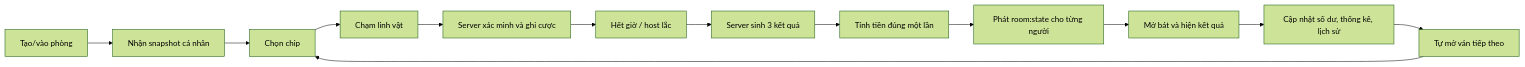
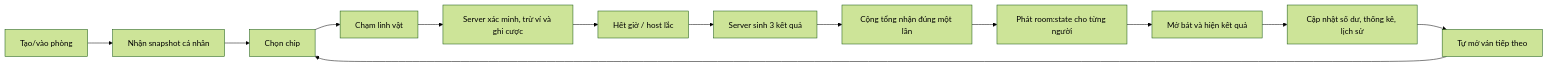
Before and after one commit to NamICT135/BAU-CUA-ARENA-ONLINE: the fifth of 6 diagrams in docs/TONG_HOP_CHUC_NANG_VA_SO_DO.md, drawn with Mermaid (forest theme). The commit also changed other lines of this file and 154 other files, not shown here.

````diff
--- a/docs/TONG_HOP_CHUC_NANG_VA_SO_DO.md
+++ b/docs/TONG_HOP_CHUC_NANG_VA_SO_DO.md
@@ -387,15 +412,15 @@
 ```mermaid
 flowchart LR
     A[Tạo/vào phòng] --> B[Nhận snapshot cá nhân]
     B --> C[Chọn chip]
     C --> D[Chạm linh vật]
-    D --> E[Server xác minh và ghi cược]
+    D --> E[Server xác minh, trừ ví và ghi cược]
     E --> F[Hết giờ / host lắc]
     F --> G[Server sinh 3 kết quả]
-    G --> H[Tính tiền đúng một lần]
+    G --> H[Cộng tổng nhận đúng một lần]
     H --> I[Phát room:state cho từng người]
     I --> J[Mở bát và hiện kết quả]
     J --> K[Cập nhật số dư, thống kê, lịch sử]
     K --> L[Tự mở ván tiếp theo]
     L --> C
 ```
````
